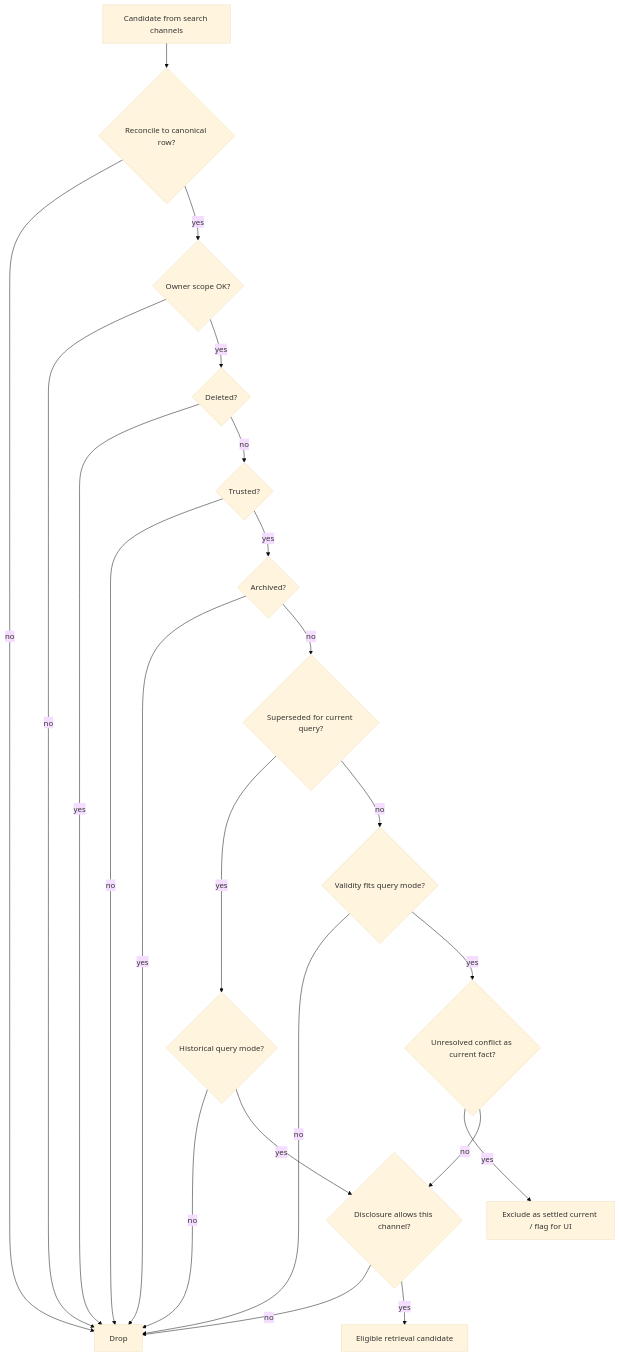
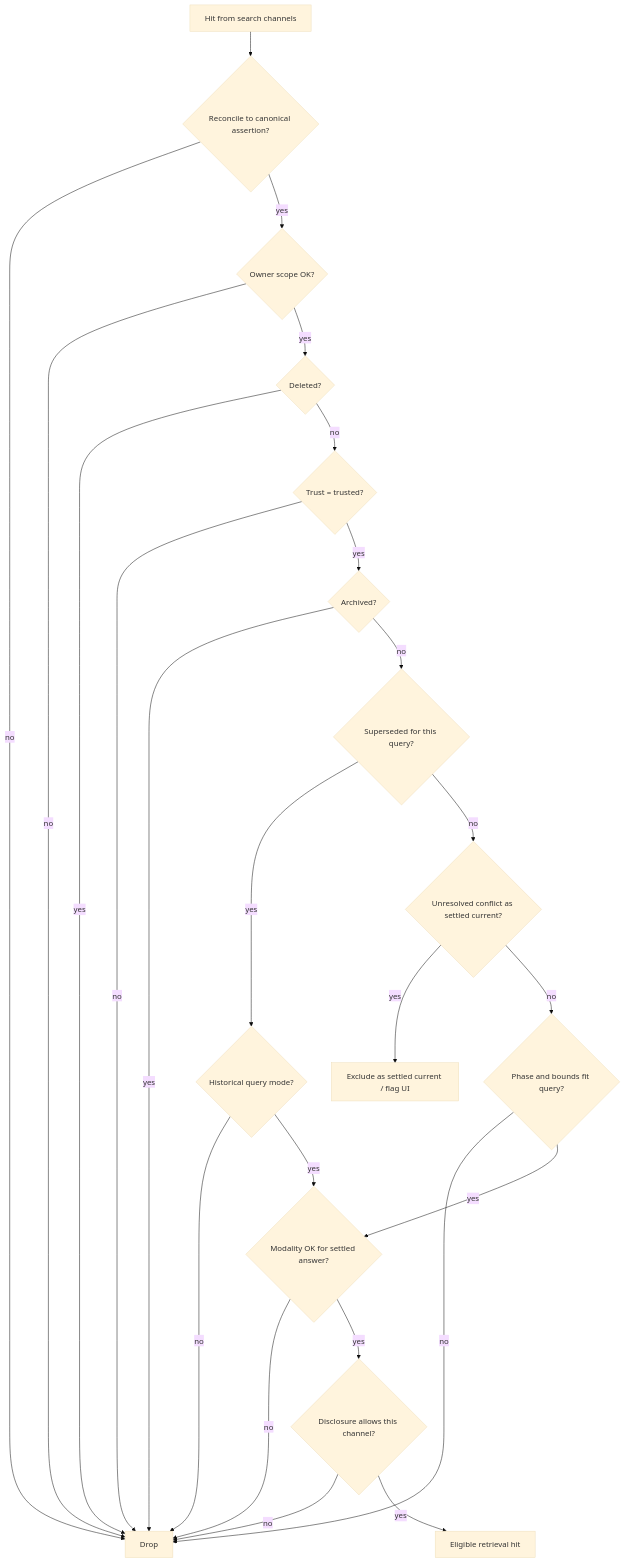
Before and after one commit to NicolVii/ContextVault: the third of 9 diagrams in docs/memory-system/08-memory-model.md, drawn with Mermaid (base theme). The commit also changed other lines of this file, not shown here.

````diff
--- a/docs/memory-system/08-memory-model.md
+++ b/docs/memory-system/08-memory-model.md
@@ -691,24 +794,26 @@
 ```mermaid
 flowchart TD
-  Start[Candidate from search channels] --> Reconcile{Reconcile to canonical row?}
+  Start[Hit from search channels] --> Reconcile{Reconcile to canonical assertion?}
   Reconcile -->|no| Drop1[Drop]
   Reconcile -->|yes| Owner{Owner scope OK?}
   Owner -->|no| Drop1
   Owner -->|yes| Deleted{Deleted?}
   Deleted -->|yes| Drop1
-  Deleted -->|no| Trust{Trusted?}
+  Deleted -->|no| Trust{Trust = trusted?}
   Trust -->|no| Drop1
   Trust -->|yes| Arch{Archived?}
   Arch -->|yes| Drop1
-  Arch -->|no| Succ{Superseded for current query?}
-  Succ -->|yes| Hist{Historical query mode?}
-  Hist -->|no| Drop1
-  Hist -->|yes| Sens
-  Succ -->|no| Valid{Validity fits query mode?}
-  Valid -->|no| Drop1
-  Valid -->|yes| Conflict{Unresolved conflict as current fact?}
-  Conflict -->|yes| DropOrFlag[Exclude as settled current / flag for UI]
-  Conflict -->|no| Sens{Disclosure allows this channel?}
+  Arch -->|no| Succ{Superseded for this query?}
+  Succ -->|yes| HistMode{Historical query mode?}
+  HistMode -->|no| Drop1
+  HistMode -->|yes| Modality
+  Succ -->|no| Conflict{Unresolved conflict as settled current?}
+  Conflict -->|yes| DropOrFlag[Exclude as settled current / flag UI]
+  Conflict -->|no| Phase{Phase and bounds fit query?}
+  Phase -->|no| Drop1
+  Phase -->|yes| Modality{Modality OK for settled answer?}
+  Modality -->|no| Drop1
+  Modality -->|yes| Sens{Disclosure allows this channel?}
   Sens -->|no| Drop1
-  Sens -->|yes| Eligible[Eligible retrieval candidate]
+  Sens -->|yes| Eligible[Eligible retrieval hit]
 ```
````
